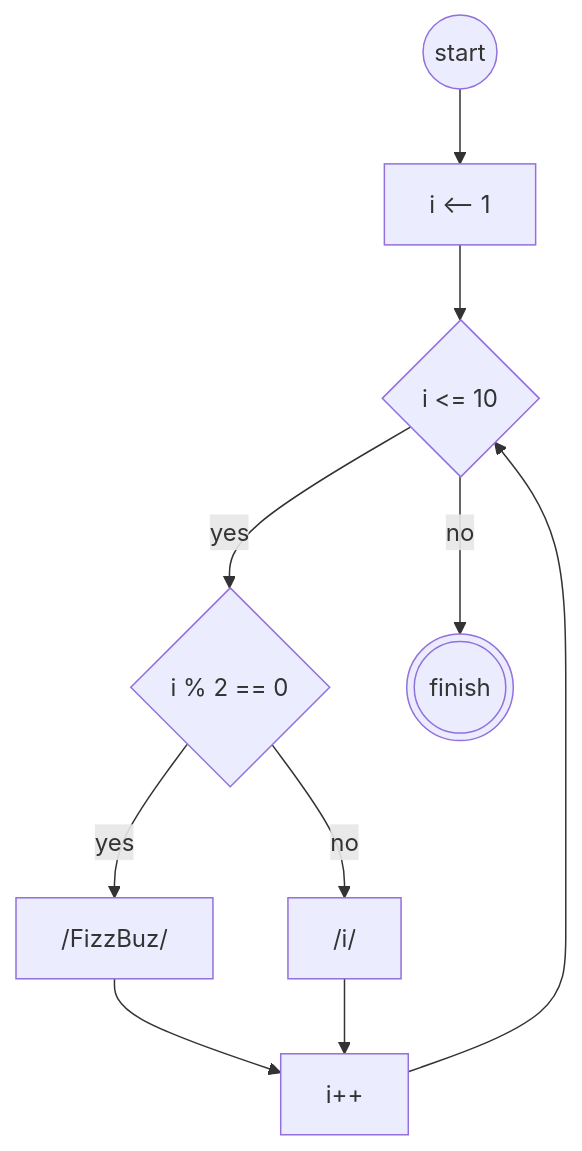
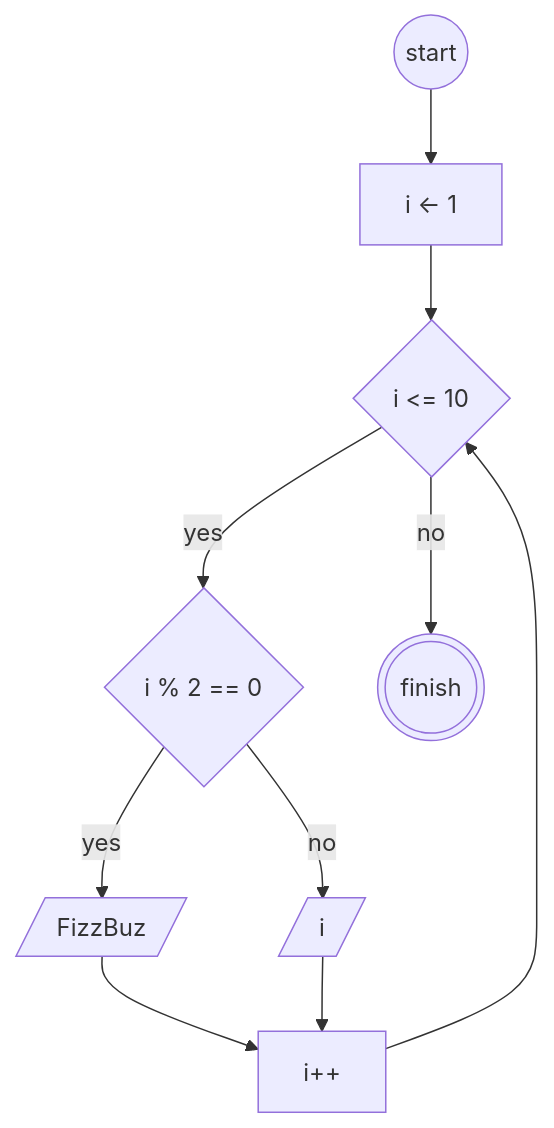
Before and after one commit to rifrifai/koda-b1-algoritm: the diagram in koda-b1-fizzbuzz-algoritm.md, drawn with Mermaid.

Commit message:
Fix formatting issues in FizzBuzz algorithm diagram

````diff
--- a/koda-b1-fizzbuzz-algoritm.md
+++ b/koda-b1-fizzbuzz-algoritm.md
@@ -5,20 +5,20 @@
 ```mermaid
     flowchart TD
     start((start))
-    init["i <-- 1"]
+    init["i <- 1"]
     check{"i <= 10"}
     check2{"i % 2 == 0"}
     increment["i++"]
-    output["/FizzBuz/"]
-    output2["/i/"]
+    output[/"FizzBuz"/]
+    output2[/"i"/]
     finish((("finish")))
 
     start --> init
     init --> check
     check -- yes --> check2
     check -- no --> finish
     check2 -- yes --> output
     check2 -- no --> output2
     output & output2--> increment
     increment --> check
 ```
````
